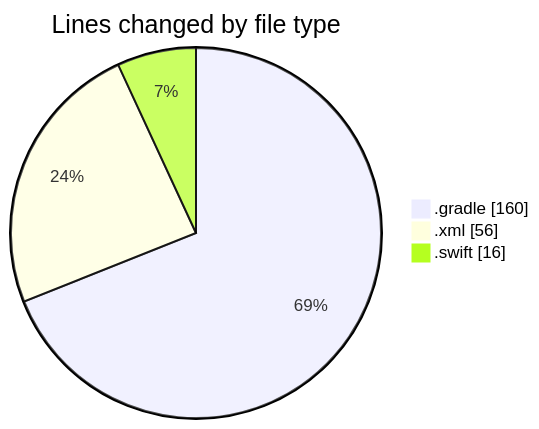
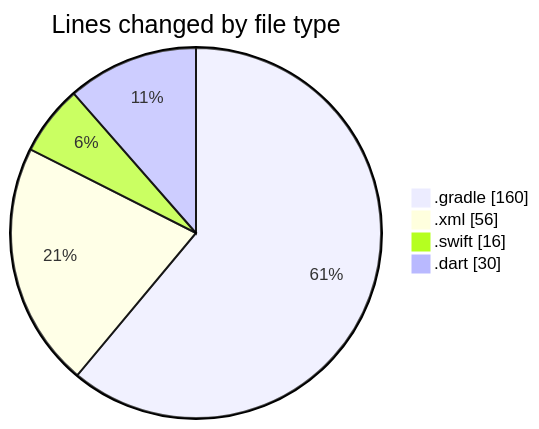
One commit to donsfak/code-tracking changed the first of 2 diagrams in 2025-01-01/uber_clone/README.md. Above: the diagram before and after it, drawn with Mermaid. The commit also changed other lines of this file and 1 other file, not shown here.

````diff
--- a/2025-01-01/uber_clone/README.md
+++ b/2025-01-01/uber_clone/README.md
@@ -23,7 +24,8 @@
 ```mermaid
 pie showData
 title Lines changed by file type
 ".gradle" : 160
 ".xml" : 56
 ".swift" : 16
+".dart" : 30
 ```
````
